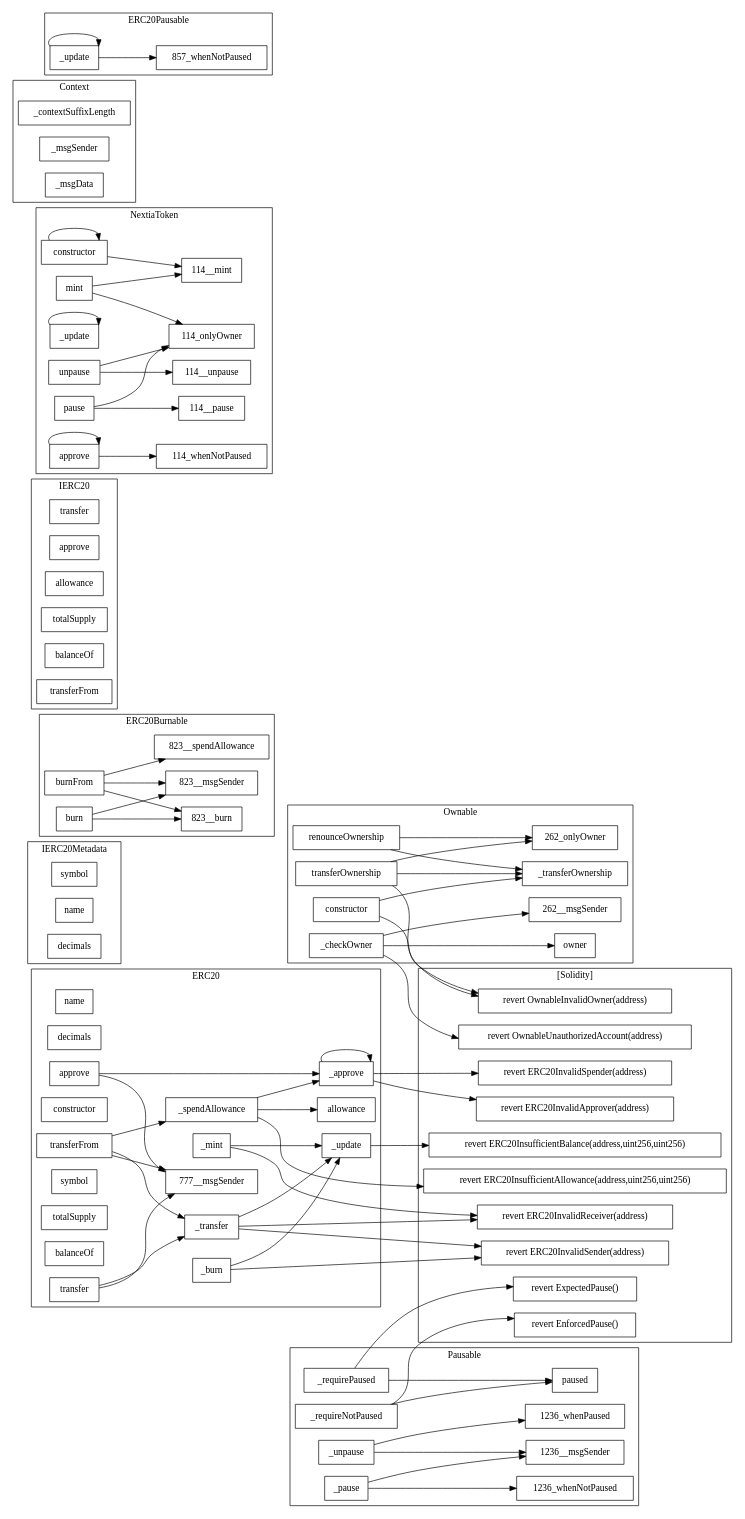
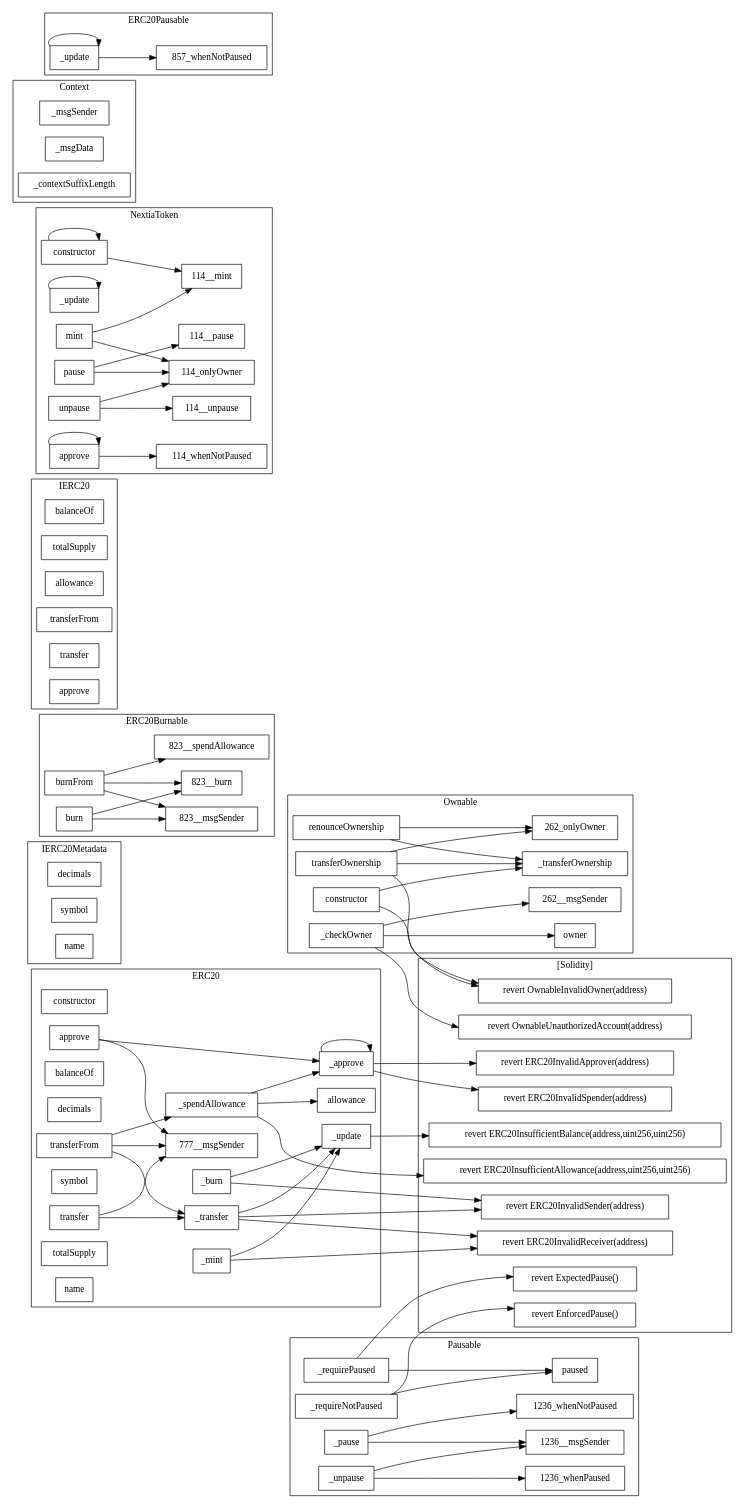
One commit to NextiaSensei/NextiaToken changed the diagram in contracts/NextiaToken.sol.all_contracts.call-graph.dot. Above: the diagram before and after it, drawn with Graphviz. The commit also changed other lines of this file and 11 other files, not shown here.

```diff
--- a/contracts/NextiaToken.sol.all_contracts.call-graph.dot
+++ b/contracts/NextiaToken.sol.all_contracts.call-graph.dot
@@ -1,140 +1,140 @@
 strict digraph {
 rankdir="LR"
 node [shape=box]
 subgraph cluster_262_Ownable {
 label = "Ownable"
+"262_constructor" [label="constructor"]
 "262_owner" [label="owner"]
+"262__transferOwnership" [label="_transferOwnership"]
+"262_transferOwnership" [label="transferOwnership"]
+"262__checkOwner" [label="_checkOwner"]
 "262_renounceOwnership" [label="renounceOwnership"]
-"262__transferOwnership" [label="_transferOwnership"]
-"262__checkOwner" [label="_checkOwner"]
-"262_transferOwnership" [label="transferOwnership"]
-"262_constructor" [label="constructor"]
-"262__checkOwner" -> "262_owner"
-"262_constructor" -> "262__transferOwnership"
-"262_renounceOwnership" -> "262_onlyOwner"
-"262_transferOwnership" -> "262__transferOwnership"
 "262_renounceOwnership" -> "262__transferOwnership"
 "262__checkOwner" -> "262__msgSender"
+"262_transferOwnership" -> "262__transferOwnership"
+"262_renounceOwnership" -> "262_onlyOwner"
 "262_transferOwnership" -> "262_onlyOwner"
+"262_constructor" -> "262__transferOwnership"
+"262__checkOwner" -> "262_owner"
 }subgraph cluster_1128_IERC20Metadata {
 label = "IERC20Metadata"
+"1128_decimals" [label="decimals"]
 "1128_symbol" [label="symbol"]
 "1128_name" [label="name"]
-"1128_decimals" [label="decimals"]
 }subgraph cluster_777_ERC20 {
 label = "ERC20"
-"777__mint" [label="_mint"]
-"777_name" [label="name"]
+"777_constructor" [label="constructor"]
+"777_transferFrom" [label="transferFrom"]
+"777_balanceOf" [label="balanceOf"]
 "777_decimals" [label="decimals"]
 "777_transfer" [label="transfer"]
-"777_constructor" [label="constructor"]
+"777_allowance" [label="allowance"]
+"777__spendAllowance" [label="_spendAllowance"]
+"777_symbol" [label="symbol"]
+"777_approve" [label="approve"]
+"777__transfer" [label="_transfer"]
+"777_totalSupply" [label="totalSupply"]
 "777__update" [label="_update"]
 "777__burn" [label="_burn"]
-"777_approve" [label="approve"]
-"777_symbol" [label="symbol"]
-"777_totalSupply" [label="totalSupply"]
-"777_balanceOf" [label="balanceOf"]
-"777__transfer" [label="_transfer"]
-"777__spendAllowance" [label="_spendAllowance"]
-"777_allowance" [label="allowance"]
+"777_name" [label="name"]
 "777__approve" [label="_approve"]
-"777_transferFrom" [label="transferFrom"]
+"777__mint" [label="_mint"]
+"777_transfer" -> "777__msgSender"
 "777__spendAllowance" -> "777_allowance"
+"777_transfer" -> "777__transfer"
+"777__mint" -> "777__update"
+"777_approve" -> "777__msgSender"
+"777_transferFrom" -> "777__spendAllowance"
 "777__transfer" -> "777__update"
+"777__burn" -> "777__update"
+"777__approve" -> "777__approve"
+"777_approve" -> "777__approve"
 "777__spendAllowance" -> "777__approve"
-"777__mint" -> "777__update"
 "777_transferFrom" -> "777__transfer"
-"777_approve" -> "777__approve"
-"777_transferFrom" -> "777__spendAllowance"
-"777_transfer" -> "777__transfer"
 "777_transferFrom" -> "777__msgSender"
-"777__approve" -> "777__approve"
-"777_transfer" -> "777__msgSender"
-"777__burn" -> "777__update"
-"777_approve" -> "777__msgSender"
 }subgraph cluster_823_ERC20Burnable {
 label = "ERC20Burnable"
 "823_burnFrom" [label="burnFrom"]
 "823_burn" [label="burn"]
-"823_burn" -> "823__burn"
+"823_burn" -> "823__msgSender"
 "823_burnFrom" -> "823__msgSender"
 "823_burnFrom" -> "823__burn"
-"823_burn" -> "823__msgSender"
+"823_burn" -> "823__burn"
 "823_burnFrom" -> "823__spendAllowance"
 }subgraph cluster_1102_IERC20 {
 label = "IERC20"
+"1102_balanceOf" [label="balanceOf"]
+"1102_totalSupply" [label="totalSupply"]
+"1102_allowance" [label="allowance"]
+"1102_transferFrom" [label="transferFrom"]
 "1102_transfer" [label="transfer"]
 "1102_approve" [label="approve"]
-"1102_allowance" [label="allowance"]
-"1102_totalSupply" [label="totalSupply"]
-"1102_balanceOf" [label="balanceOf"]
-"1102_transferFrom" [label="transferFrom"]
 }subgraph cluster_114_NextiaToken {
 label = "NextiaToken"
-"114_unpause" [label="unpause"]
-"114_constructor" [label="constructor"]
+"114_mint" [label="mint"]
 "114__update" [label="_update"]
 "114_pause" [label="pause"]
-"114_mint" [label="mint"]
+"114_constructor" [label="constructor"]
+"114_unpause" [label="unpause"]
 "114_approve" [label="approve"]
+"114_pause" -> "114__pause"
+"114_unpause" -> "114__unpause"
+"114__update" -> "114__update"
 "114_mint" -> "114_onlyOwner"
+"114_constructor" -> "114_constructor"
+"114_approve" -> "114_approve"
+"114_approve" -> "114_whenNotPaused"
+"114_pause" -> "114_onlyOwner"
 "114_mint" -> "114__mint"
-"114_unpause" -> "114__unpause"
+"114_constructor" -> "114__mint"
 "114_unpause" -> "114_onlyOwner"
-"114_pause" -> "114__pause"
-"114_pause" -> "114_onlyOwner"
-"114_constructor" -> "114_constructor"
-"114_constructor" -> "114__mint"
-"114_approve" -> "114_approve"
-"114__update" -> "114__update"
-"114_approve" -> "114_whenNotPaused"
 }subgraph cluster_1236_Pausable {
 label = "Pausable"
+"1236__requirePaused" [label="_requirePaused"]
+"1236_paused" [label="paused"]
+"1236__pause" [label="_pause"]
 "1236__unpause" [label="_unpause"]
 "1236__requireNotPaused" [label="_requireNotPaused"]
-"1236_paused" [label="paused"]
-"1236__pause" [label="_pause"]
-"1236__requirePaused" [label="_requirePaused"]
 "1236__requirePaused" -> "1236_paused"
 "1236__requireNotPaused" -> "1236_paused"
+"1236__unpause" -> "1236_whenPaused"
+"1236__pause" -> "1236_whenNotPaused"
 "1236__unpause" -> "1236__msgSender"
-"1236__pause" -> "1236_whenNotPaused"
 "1236__pause" -> "1236__msgSender"
-"1236__unpause" -> "1236_whenPaused"
 }subgraph cluster_887_Context {
 label = "Context"
-"887__contextSuffixLength" [label="_contextSuffixLength"]
 "887__msgSender" [label="_msgSender"]
 "887__msgData" [label="_msgData"]
+"887__contextSuffixLength" [label="_contextSuffixLength"]
 }subgraph cluster_857_ERC20Pausable {
 label = "ERC20Pausable"
 "857__update" [label="_update"]
 "857__update" -> "857_whenNotPaused"
 "857__update" -> "857__update"
 }subgraph cluster_solidity {
 label = "[Solidity]"
+"revert ERC20InsufficientBalance(address,uint256,uint256)" 
+"revert EnforcedPause()" 
 "revert ERC20InvalidSender(address)" 
-"revert ERC20InvalidSpender(address)" 
+"revert ERC20InsufficientAllowance(address,uint256,uint256)" 
+"revert ERC20InvalidApprover(address)" 
 "revert ERC20InvalidReceiver(address)" 
+"revert OwnableUnauthorizedAccount(address)" 
 "revert ExpectedPause()" 
 "revert OwnableInvalidOwner(address)" 
-"revert OwnableUnauthorizedAccount(address)" 
-"revert ERC20InsufficientBalance(address,uint256,uint256)" 
-"revert ERC20InsufficientAllowance(address,uint256,uint256)" 
-"revert ERC20InvalidApprover(address)" 
-"revert EnforcedPause()" 
+"revert ERC20InvalidSpender(address)" 
+"262_transferOwnership" -> "revert OwnableInvalidOwner(address)"
+"777__mint" -> "revert ERC20InvalidReceiver(address)"
+"262_constructor" -> "revert OwnableInvalidOwner(address)"
+"777__transfer" -> "revert ERC20InvalidSender(address)"
+"777__transfer" -> "revert ERC20InvalidReceiver(address)"
+"777__approve" -> "revert ERC20InvalidApprover(address)"
+"777__spendAllowance" -> "revert ERC20InsufficientAllowance(address,uint256,uint256)"
+"1236__requireNotPaused" -> "revert EnforcedPause()"
+"777__approve" -> "revert ERC20InvalidSpender(address)"
 "777__update" -> "revert ERC20InsufficientBalance(address,uint256,uint256)"
-"777__approve" -> "revert ERC20InvalidSpender(address)"
-"777__approve" -> "revert ERC20InvalidApprover(address)"
-"262_constructor" -> "revert OwnableInvalidOwner(address)"
+"777__burn" -> "revert ERC20InvalidSender(address)"
 "1236__requirePaused" -> "revert ExpectedPause()"
-"777__burn" -> "revert ERC20InvalidSender(address)"
-"1236__requireNotPaused" -> "revert EnforcedPause()"
 "262__checkOwner" -> "revert OwnableUnauthorizedAccount(address)"
-"777__mint" -> "revert ERC20InvalidReceiver(address)"
-"777__transfer" -> "revert ERC20InvalidReceiver(address)"
-"777__transfer" -> "revert ERC20InvalidSender(address)"
-"262_transferOwnership" -> "revert OwnableInvalidOwner(address)"
-"777__spendAllowance" -> "revert ERC20InsufficientAllowance(address,uint256,uint256)"
 }
 }
```
